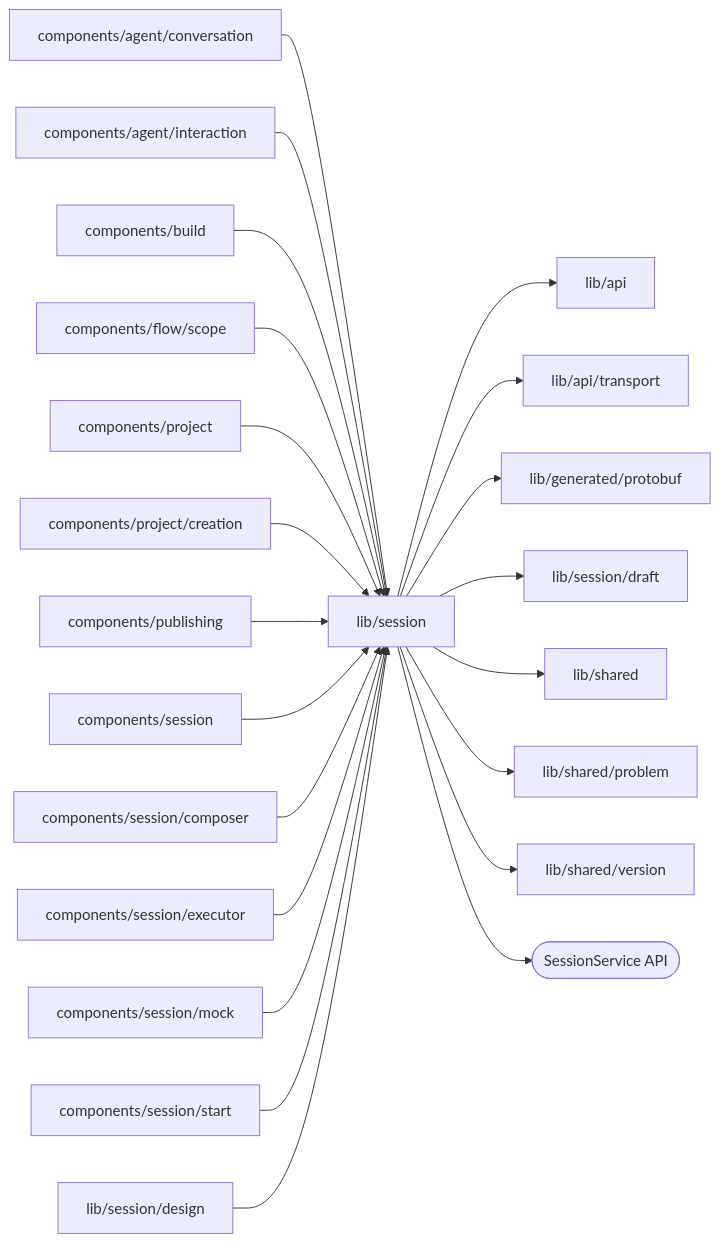
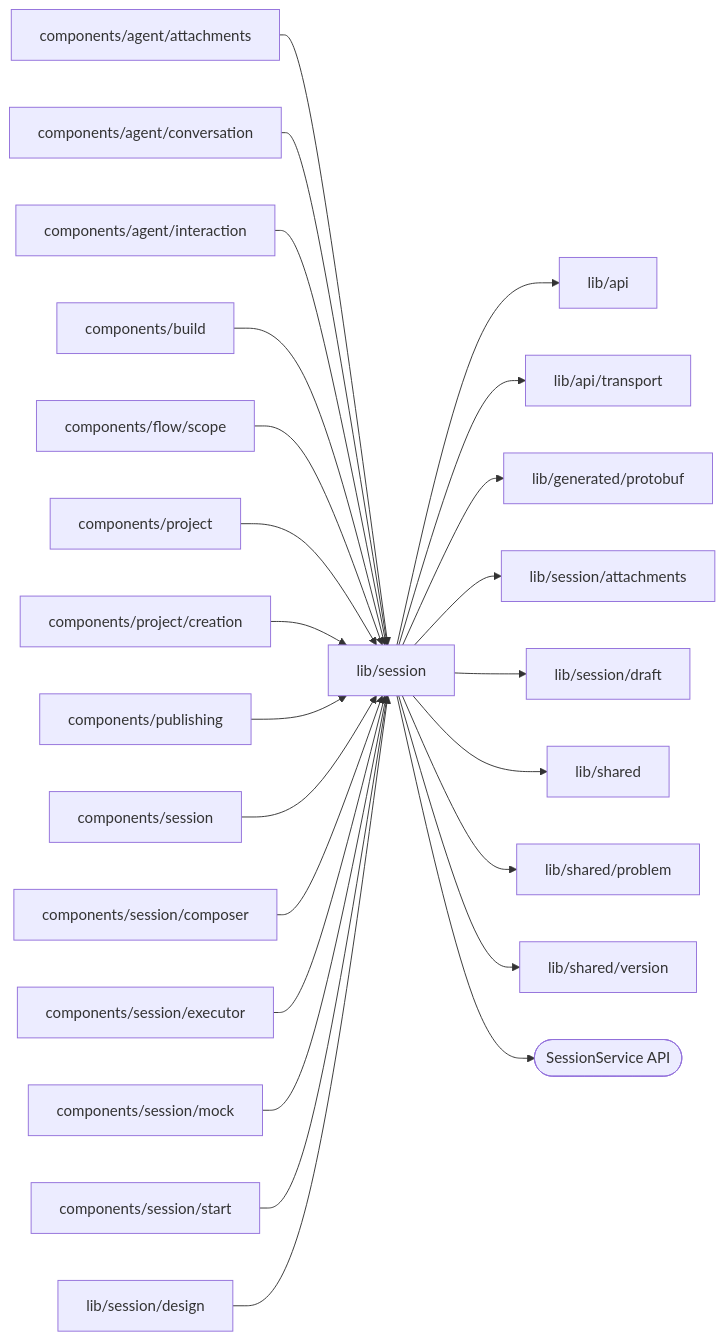
Before and after one commit to superdurable/superverse: the diagram in web/studio/lib/session/README.md, drawn with Mermaid. The commit also changed other lines of this file and 259 other files, not shown here.

First line of the commit message:
ATTACH: File attachments in the chat and on the start page

````diff
--- a/web/studio/lib/session/README.md
+++ b/web/studio/lib/session/README.md
@@ -10,25 +10,27 @@
 ```mermaid
 flowchart LR
   self["lib/session"]
-  c0["components/agent/conversation"] --> self
-  c1["components/agent/interaction"] --> self
-  c2["components/build"] --> self
-  c3["components/flow/scope"] --> self
-  c4["components/project"] --> self
-  c5["components/project/creation"] --> self
-  c6["components/publishing"] --> self
-  c7["components/session"] --> self
-  c8["components/session/composer"] --> self
-  c9["components/session/executor"] --> self
-  c10["components/session/mock"] --> self
-  c11["components/session/start"] --> self
-  c12["lib/session/design"] --> self
+  c0["components/agent/attachments"] --> self
+  c1["components/agent/conversation"] --> self
+  c2["components/agent/interaction"] --> self
+  c3["components/build"] --> self
+  c4["components/flow/scope"] --> self
+  c5["components/project"] --> self
+  c6["components/project/creation"] --> self
+  c7["components/publishing"] --> self
+  c8["components/session"] --> self
+  c9["components/session/composer"] --> self
+  c10["components/session/executor"] --> self
+  c11["components/session/mock"] --> self
+  c12["components/session/start"] --> self
+  c13["lib/session/design"] --> self
   self --> d0["lib/api"]
   self --> d1["lib/api/transport"]
   self --> d2["lib/generated/protobuf"]
-  self --> d3["lib/session/draft"]
-  self --> d4["lib/shared"]
-  self --> d5["lib/shared/problem"]
-  self --> d6["lib/shared/version"]
+  self --> d3["lib/session/attachments"]
+  self --> d4["lib/session/draft"]
+  self --> d5["lib/shared"]
+  self --> d6["lib/shared/problem"]
+  self --> d7["lib/shared/version"]
   self --> e0(["SessionService API"])
 ```
````
